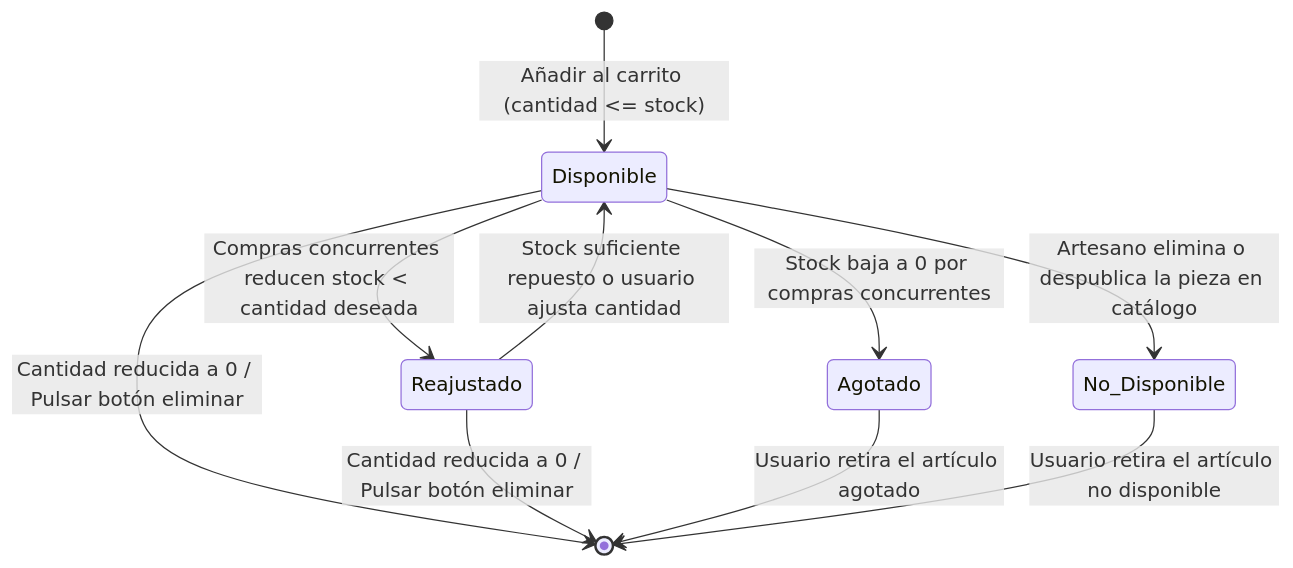
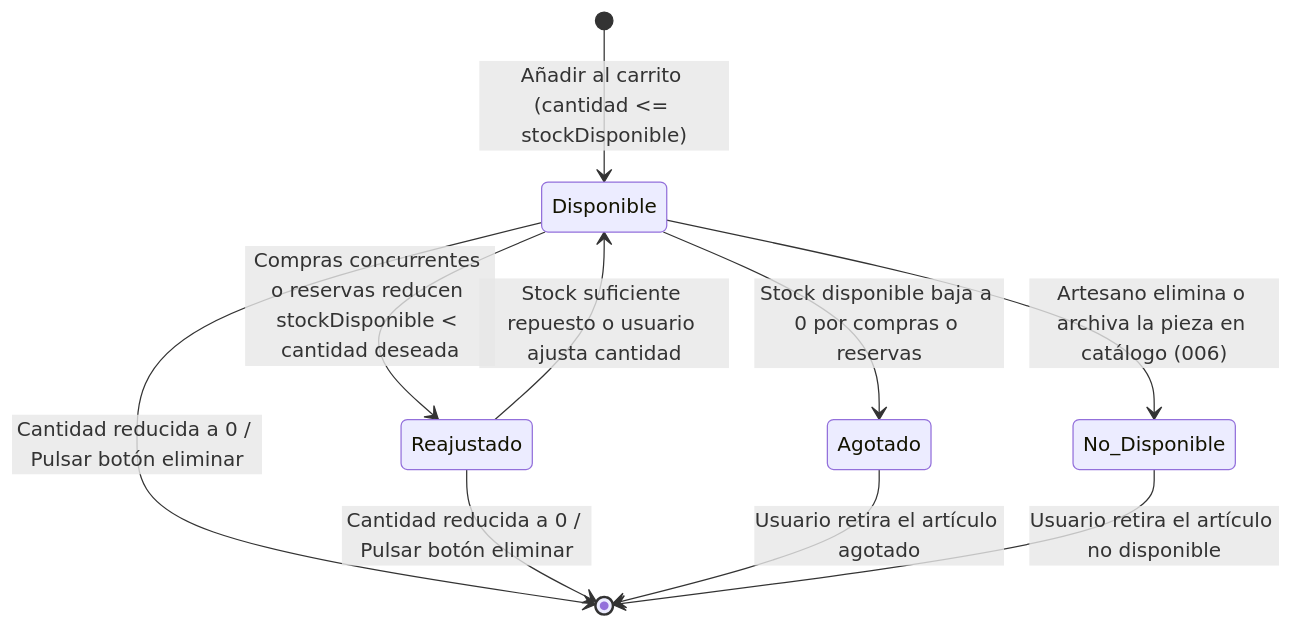
The second of 2 diagrams in specs/002-carrito-persistente/data-model.md (hlm11-ua/tiendaOnline), drawn with Mermaid before and after one commit. The commit also changed other lines of this file and 19 other files, not shown here.

````diff
--- a/specs/002-carrito-persistente/data-model.md
+++ b/specs/002-carrito-persistente/data-model.md
@@ -95,13 +111,13 @@
 ```mermaid
 stateDiagram-v2
-    [*] --> Disponible : Añadir al carrito (cantidad <= stock)
-    Disponible --> Reajustado : Compras concurrentes reducen stock < cantidad deseada
+    [*] --> Disponible : Añadir al carrito (cantidad <= stockDisponible)
+    Disponible --> Reajustado : Compras concurrentes o reservas reducen stockDisponible < cantidad deseada
     Reajustado --> Disponible : Stock suficiente repuesto o usuario ajusta cantidad
-    Disponible --> Agotado : Stock baja a 0 por compras concurrentes
-    Disponible --> No_Disponible : Artesano elimina o despublica la pieza en catálogo
+    Disponible --> Agotado : Stock disponible baja a 0 por compras o reservas
+    Disponible --> No_Disponible : Artesano elimina o archiva la pieza en catálogo (006)
     
     Disponible --> [*] : Cantidad reducida a 0 / Pulsar botón eliminar
     Reajustado --> [*] : Cantidad reducida a 0 / Pulsar botón eliminar
     Agotado --> [*] : Usuario retira el artículo agotado
     No_Disponible --> [*] : Usuario retira el artículo no disponible
 ```
````
